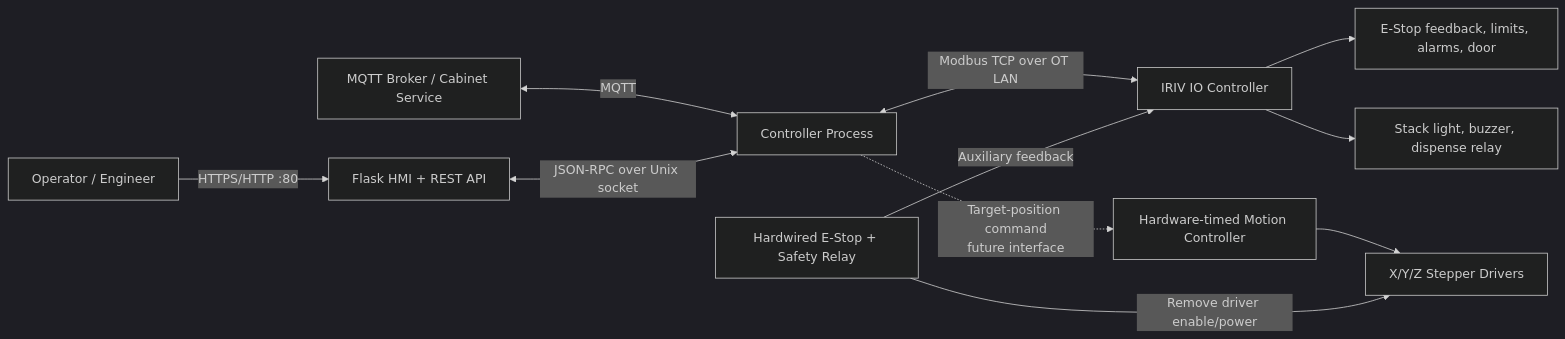
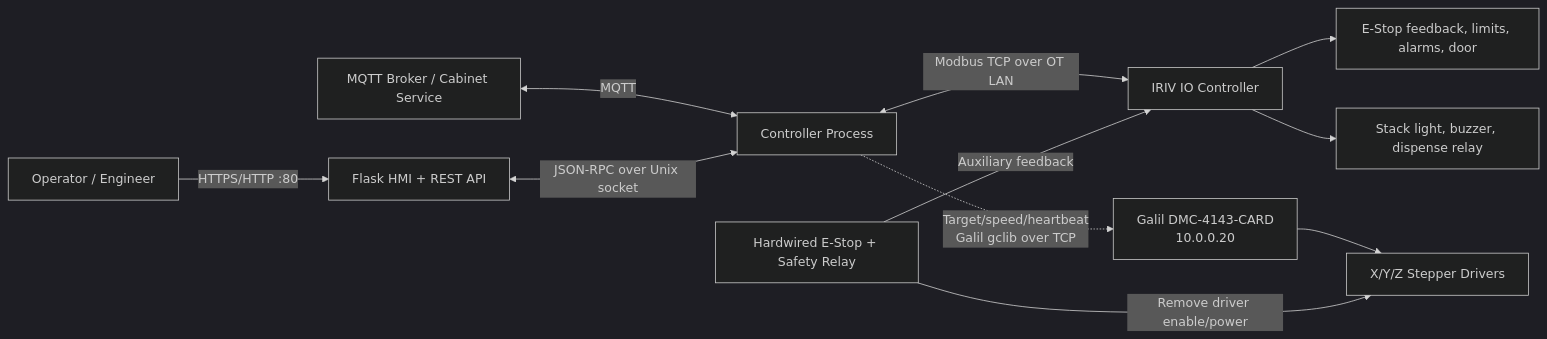
Before and after one commit to prongnaruebest/NaritVendingMachine: the first of 4 diagrams in docs/IRIV_ARCHITECTURE.md, drawn with Mermaid (dark theme). The commit also changed other lines of this file and 81 other files, not shown here.

````diff
--- a/docs/IRIV_ARCHITECTURE.md
+++ b/docs/IRIV_ARCHITECTURE.md
@@ -30,13 +36,13 @@
 ```mermaid
 flowchart LR
     Operator["Operator / Engineer"] -->|"HTTPS/HTTP :80"| Web["Flask HMI + REST API"]
     Cloud["MQTT Broker / Cabinet Service"] <-->|"MQTT"| Controller["Controller Process"]
     Web <-->|"JSON-RPC over Unix socket"| Controller
     Controller <-->|"Modbus TCP over OT LAN"| IOC["IRIV IO Controller"]
-    Controller -.->|"Target-position command\nfuture interface"| Motion["Hardware-timed Motion Controller"]
+    Controller -.->|"Target/speed/heartbeat\nGalil gclib over TCP"| Motion["Galil DMC-4143-CARD\n10.0.0.20"]
     IOC --> Sensors["E-Stop feedback, limits, alarms, door"]
     IOC --> Aux["Stack light, buzzer, dispense relay"]
     Motion --> Drivers["X/Y/Z Stepper Drivers"]
     Safety["Hardwired E-Stop + Safety Relay"] -->|"Remove driver enable/power"| Drivers
     Safety -->|"Auxiliary feedback"| IOC
 ```
````
